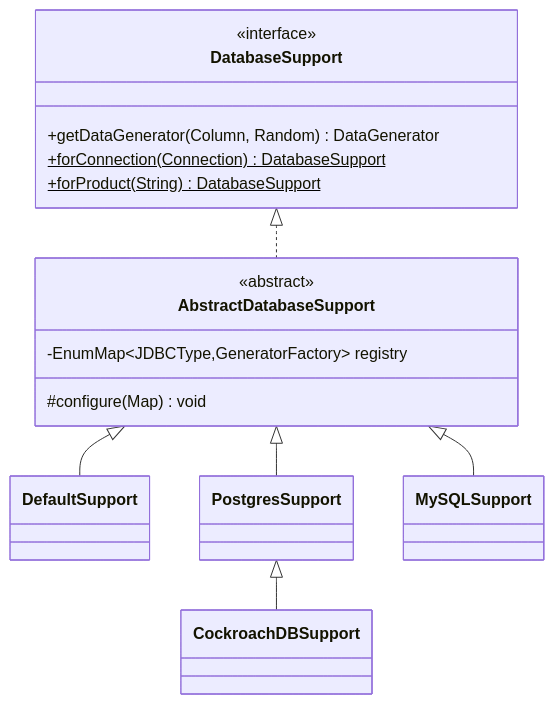
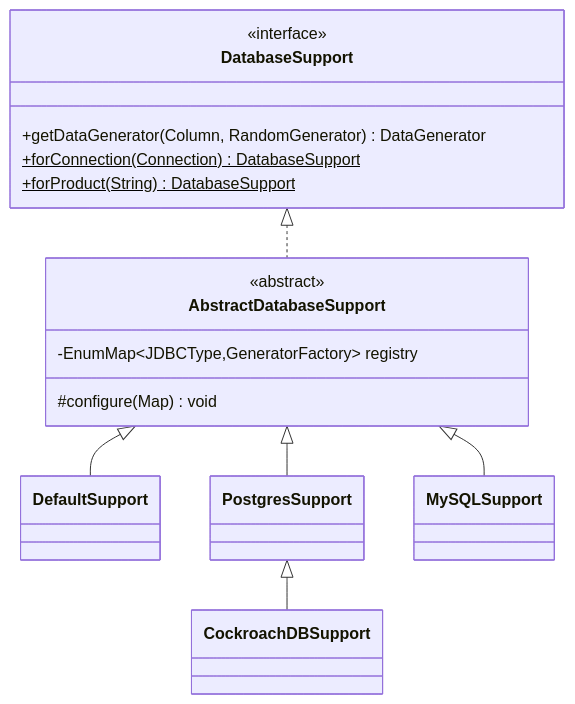
Before and after one commit to timveil/bloviate: the fourth of 6 diagrams in ARCHITECTURE.md, drawn with Mermaid. The commit also changed other lines of this file and 65 other files, not shown here.

````diff
--- a/ARCHITECTURE.md
+++ b/ARCHITECTURE.md
@@ -190,19 +197,19 @@
 ```mermaid
 classDiagram
     class DatabaseSupport {
         <<interface>>
-        +getDataGenerator(Column, Random) DataGenerator
+        +getDataGenerator(Column, RandomGenerator) DataGenerator
         +forConnection(Connection)$ DatabaseSupport
         +forProduct(String)$ DatabaseSupport
     }
     class AbstractDatabaseSupport {
         <<abstract>>
         -EnumMap~JDBCType,GeneratorFactory~ registry
         #configure(Map) void
     }
     DatabaseSupport <|.. AbstractDatabaseSupport
     AbstractDatabaseSupport <|-- DefaultSupport
     AbstractDatabaseSupport <|-- PostgresSupport
     AbstractDatabaseSupport <|-- MySQLSupport
     PostgresSupport <|-- CockroachDBSupport
 ```
````
